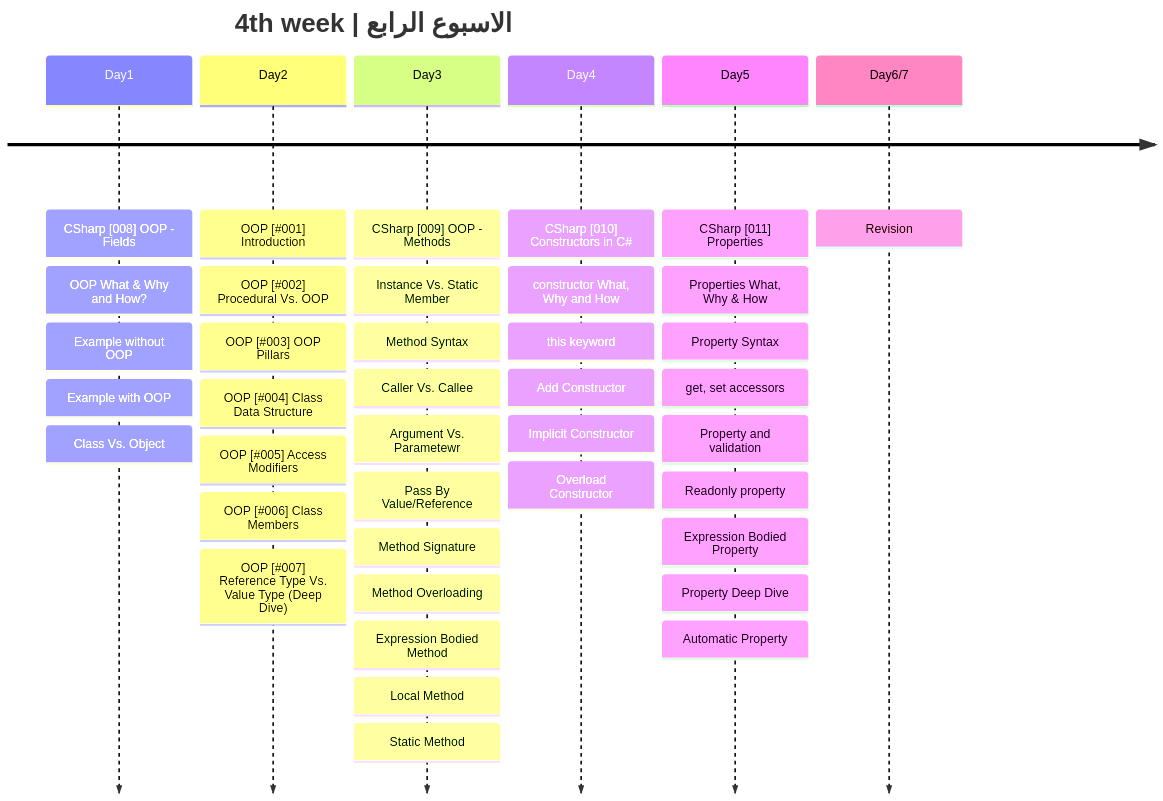
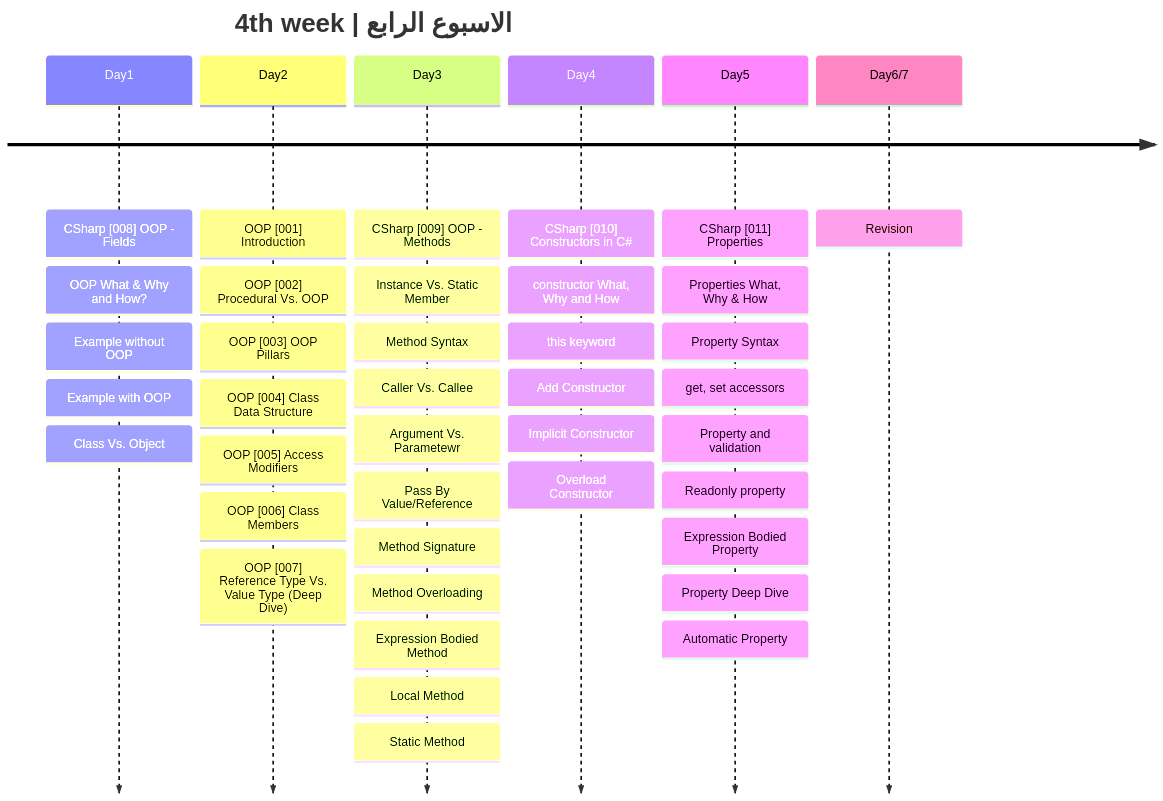
One commit to metigator/Roadmap changed the fourth of 4 diagrams in README.md. Above: the diagram before and after it, drawn with Mermaid.

````diff
--- a/README.md
+++ b/README.md
@@ -171,43 +171,43 @@
  ```mermaid
 timeline
     title 4th week | الاسبوع الرابع
     Day1 : CSharp [008] OOP - Fields
          : OOP What & Why and How? 
          : Example without OOP
          : Example with OOP
          : Class Vs. Object
-    Day2 : OOP [#001] Introduction
-         : OOP [#002] Procedural Vs. OOP
-         : OOP [#003] OOP Pillars
-         : OOP [#004] Class Data Structure
-         : OOP [#005] Access Modifiers
-         : OOP [#006] Class Members
-         : OOP [#007] Reference Type Vs. Value Type (Deep Dive)
+    Day2 : OOP [001] Introduction
+         : OOP [002] Procedural Vs. OOP
+         : OOP [003] OOP Pillars
+         : OOP [004] Class Data Structure
+         : OOP [005] Access Modifiers
+         : OOP [006] Class Members
+         : OOP [007] Reference Type Vs. Value Type (Deep Dive)
     Day3 : CSharp [009] OOP - Methods
          : Instance Vs. Static Member
          : Method Syntax
          : Caller Vs. Callee
          : Argument Vs. Parametewr
          : Pass By Value/Reference
          : Method Signature
          : Method Overloading
          : Expression Bodied Method
          : Local Method
          : Static Method 
     Day4 : CSharp [010] Constructors in C#
          : constructor What, Why and How 
          : this keyword
          : Add Constructor
          : Implicit Constructor
          : Overload Constructor
     Day5 : CSharp [011] Properties
          : Properties What, Why & How
          : Property Syntax
          : get, set accessors
          : Property and validation
          : Readonly property
          : Expression Bodied Property
          : Property Deep Dive
          : Automatic Property
   Day6/7 : Revision
 ```
````
